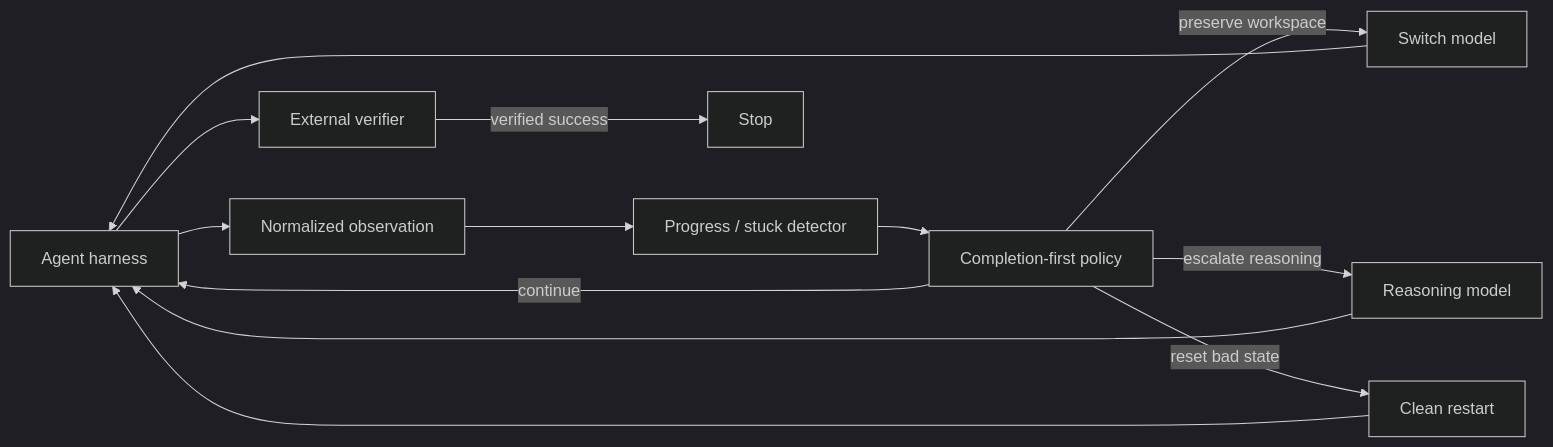
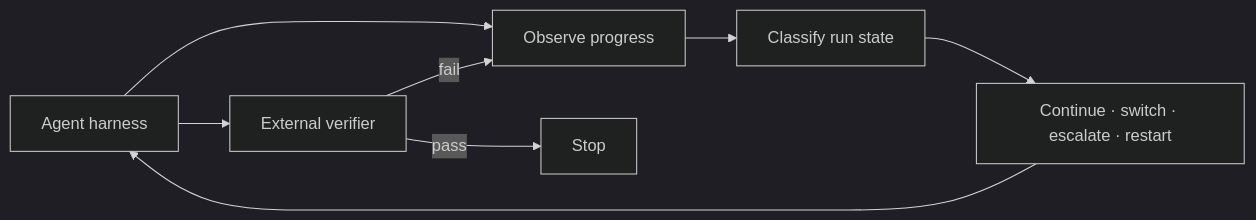
The diagram in README.md (JacobEverly/long-horizon-supervisor), drawn with Mermaid (dark theme) before and after one commit. The commit also changed other lines of this file and 3 other files, not shown here.

````diff
--- a/README.md
+++ b/README.md
@@ -62,15 +43,10 @@
 ```mermaid
 flowchart LR
-    H["Agent harness"] --> O["Normalized observation"]
-    O --> D["Progress / stuck detector"]
-    D --> P["Completion-first policy"]
-    P -->|continue| H
-    P -->|preserve workspace| S["Switch model"]
-    P -->|escalate reasoning| K["Reasoning model"]
-    P -->|reset bad state| R["Clean restart"]
-    S --> H
-    K --> H
-    R --> H
+    H["Agent harness"] --> O["Observe progress"]
+    O --> D["Classify run state"]
+    D --> A["Continue · switch · escalate · restart"]
+    A --> H
     H --> V["External verifier"]
-    V -->|verified success| X["Stop"]
+    V -->|pass| S["Stop"]
+    V -->|fail| O
 ```
````
